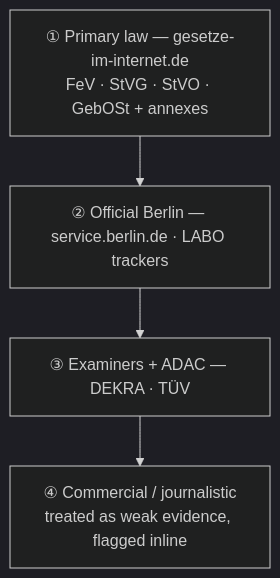
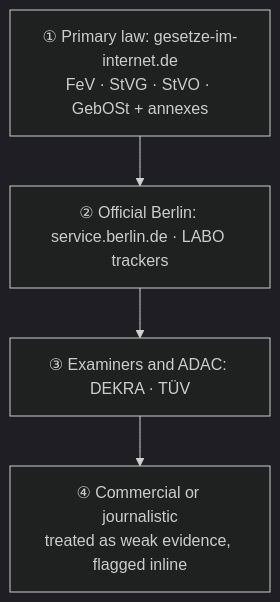
One commit to agusgonzaleznic/drive-berlin changed the third of 4 diagrams in README.md. Above: the diagram before and after it, drawn with Mermaid (dark theme). The commit also changed other lines of this file and 3 other files, not shown here.

````diff
--- a/README.md
+++ b/README.md
@@ -288,7 +288,7 @@
 ```mermaid
 flowchart TD
-  L1["① Primary law — gesetze-im-internet.de<br/>FeV · StVG · StVO · GebOSt + annexes"] --> L2
-  L2["② Official Berlin — service.berlin.de · LABO trackers"] --> L3
-  L3["③ Examiners + ADAC — DEKRA · TÜV"] --> L4
-  L4["④ Commercial / journalistic<br/>treated as weak evidence, flagged inline"]
+  L1["① Primary law: gesetze-im-internet.de<br/>FeV · StVG · StVO · GebOSt + annexes"] --> L2
+  L2["② Official Berlin: service.berlin.de · LABO trackers"] --> L3
+  L3["③ Examiners and ADAC: DEKRA · TÜV"] --> L4
+  L4["④ Commercial or journalistic<br/>treated as weak evidence, flagged inline"]
 ```
````
